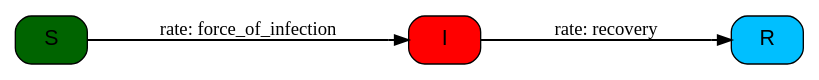
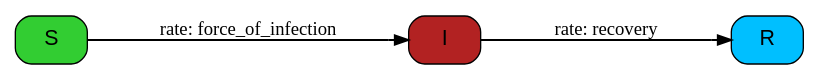
The diagram in exercises/outputs/stoch_compart_SIR_health_state.dot (spicault/emulsion-training), drawn with Graphviz before and after one commit. The commit also changed 41 other files, not shown here.

```diff
--- a/exercises/outputs/stoch_compart_SIR_health_state.dot
+++ b/exercises/outputs/stoch_compart_SIR_health_state.dot
@@ -1,20 +1,20 @@
 digraph {
           charset="utf-8"
         	rankdir=LR;
         
         	node[fontsize=16, fontname=Arial, shape=box, style="filled,rounded"];
         	edge[minlen=1.5, fontname=Times, penwidth=1.5, tailtooltip="", headtooltip=""];
 
         	"S" [shape="Mrecord", label="S", tooltip="S (Susceptible):
-	suceptible of becoming infected", fillcolor="darkgreen", style="filled,rounded"] ;
+	suceptible of becoming infected", fillcolor="limegreen", style="filled,rounded"] ;
 	"I" [shape="Mrecord", label="I", tooltip="I (Infectious):
-	infected and able to transmit the disease", fillcolor="red", style="filled,rounded"] ;
+	infected and able to transmit the disease", fillcolor="firebrick", style="filled,rounded"] ;
 	"R" [shape="Mrecord", label="R", tooltip="R (Resistant):
 	healthy again and resistant to infection", fillcolor="deepskyblue", style="filled,rounded"] ;
 	"I" -> "R" [label="rate: recovery", labeltooltip="recovery [parameter]:
 	recovery rate (/day)                                                    
 	0.1", arrowtail="none", arrowhead="normalnone", dir=both, tooltip="", minlen=3, style="solid"];
 	"S" -> "I" [label="rate: force_of_infection", labeltooltip="force_of_infection [parameter]:
 	infection function assuming frequency dependence                        
 	transmission_I * total_I / total_herd", arrowtail="none", arrowhead="normalnone", dir=both, tooltip="", minlen=3, style="solid"];
 }
```
